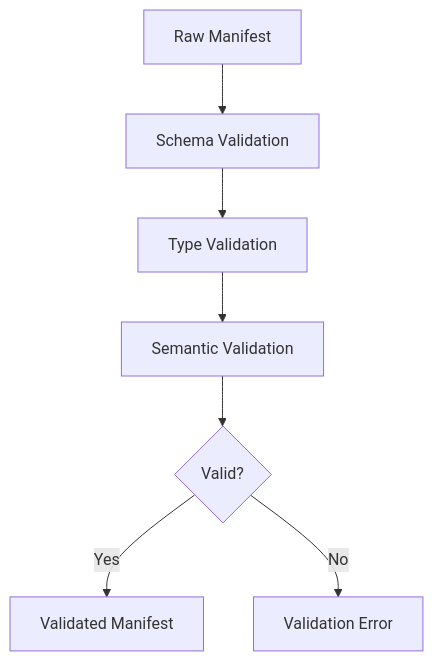
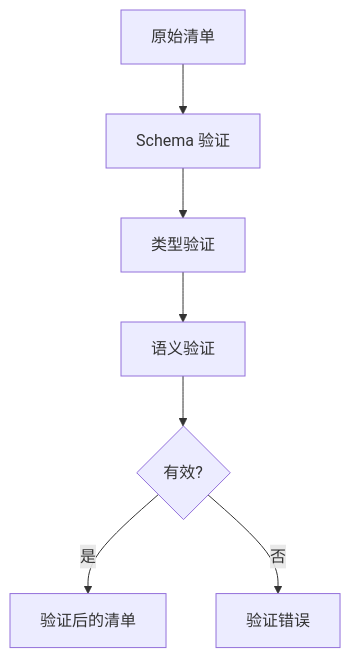
Before and after one commit to a576378368/openclaw_docs: the second of 2 diagrams in docs/zh/architecture-book/part-3-plugin-system/03-plugin-contracts.md, drawn with Mermaid. The commit also changed other lines of this file and 7 other files, not shown here.

````diff
--- a/docs/zh/architecture-book/part-3-plugin-system/03-plugin-contracts.md
+++ b/docs/zh/architecture-book/part-3-plugin-system/03-plugin-contracts.md
@@ -305,9 +305,9 @@
 ```mermaid
 flowchart TB
-    A[Raw Manifest] --> B[Schema Validation]
-    B --> C[Type Validation]
-    C --> D[Semantic Validation]
-    D --> E{Valid?}
-    E -->|Yes| F[Validated Manifest]
-    E -->|No| G[Validation Error]
+    A[原始清单] --> B[Schema 验证]
+    B --> C[类型验证]
+    C --> D[语义验证]
+    D --> E{有效?}
+    E -->|是| F[验证后的清单]
+    E -->|否| G[验证错误]
 ```
````
